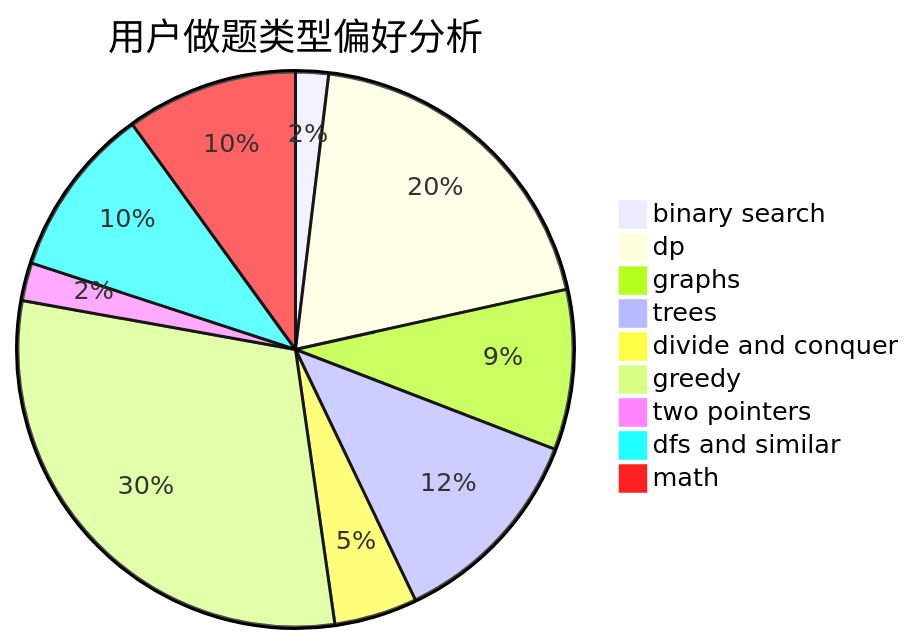
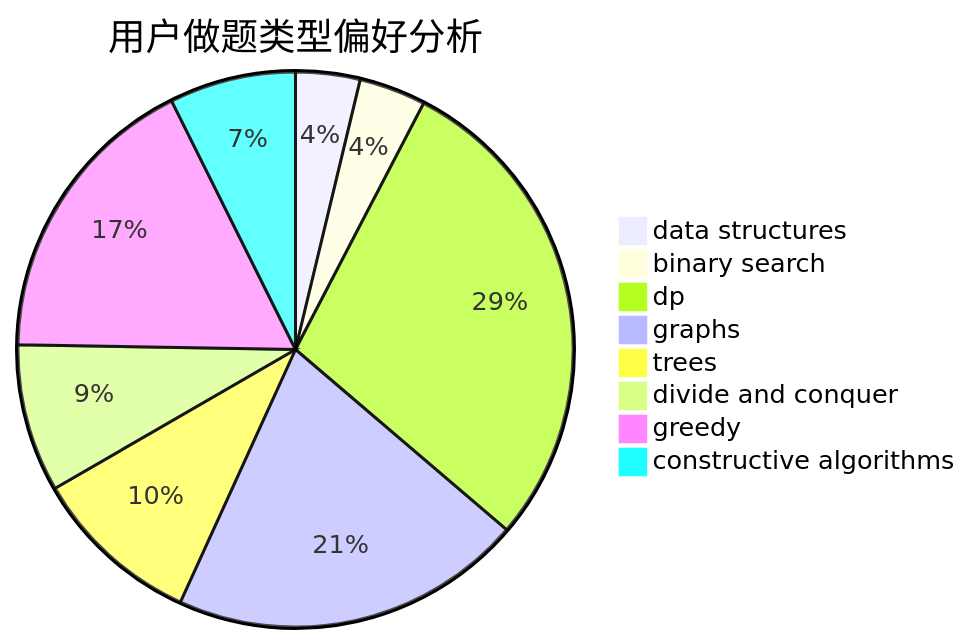
The second of 3 diagrams in docs/user/u180.md (sherpahu/cfrs.github.io), drawn with Mermaid before and after one commit. The commit also changed other lines of this file and 2775 other files, not shown here.

````diff
--- a/docs/user/u180.md
+++ b/docs/user/u180.md
@@ -23,12 +23,11 @@
 ```mermaid
 pie title 用户做题类型偏好分析
-    "binary search" :  38
-    "dp" :  389
-    "graphs" :  185
-    "trees" :  239
-    "divide and conquer" :  96
-    "greedy" :  597
-    "two pointers" :  44
-    "dfs and similar" :  198
-    "math" :  198
+    "data structures" :  27
+    "binary search" :  28
+    "dp" :  206
+    "graphs" :  148
+    "trees" :  71
+    "divide and conquer" :  62
+    "greedy" :  125
+    "constructive algorithms" :  53
 ```
````
